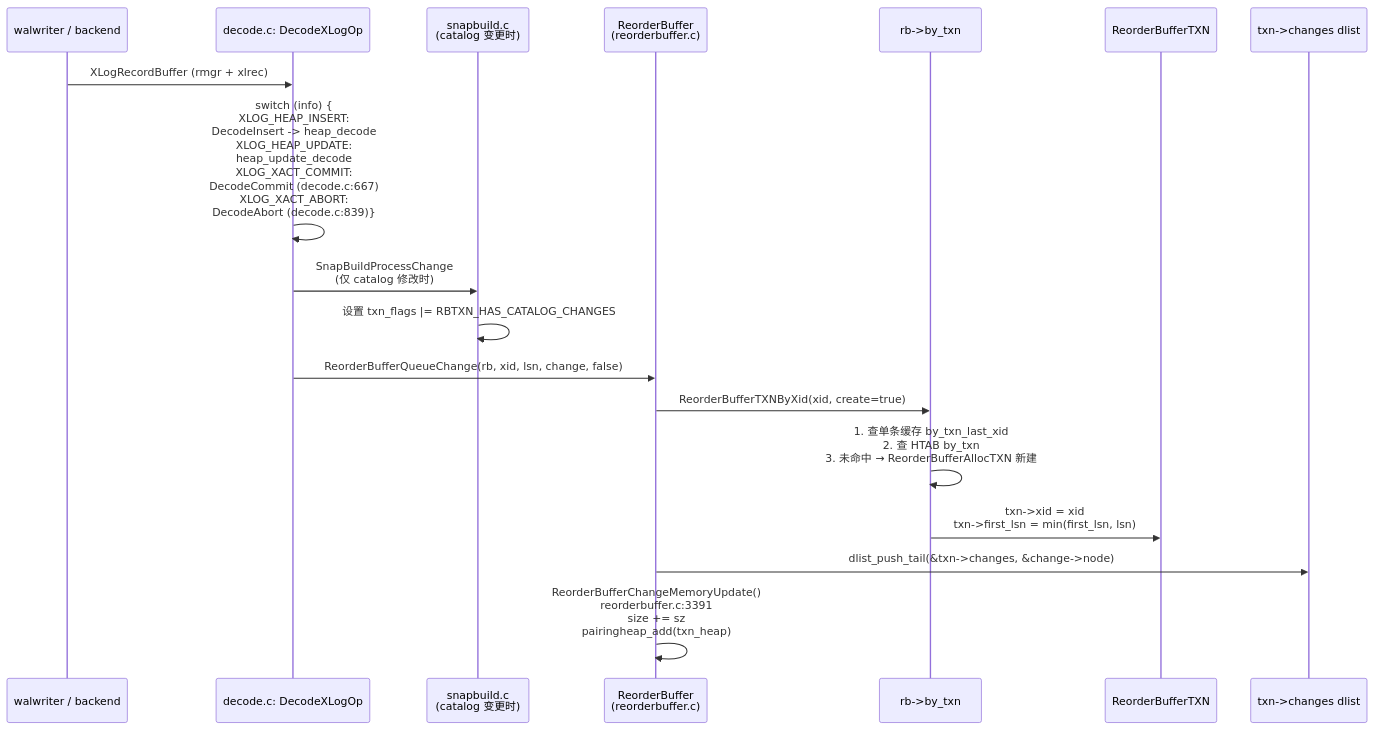
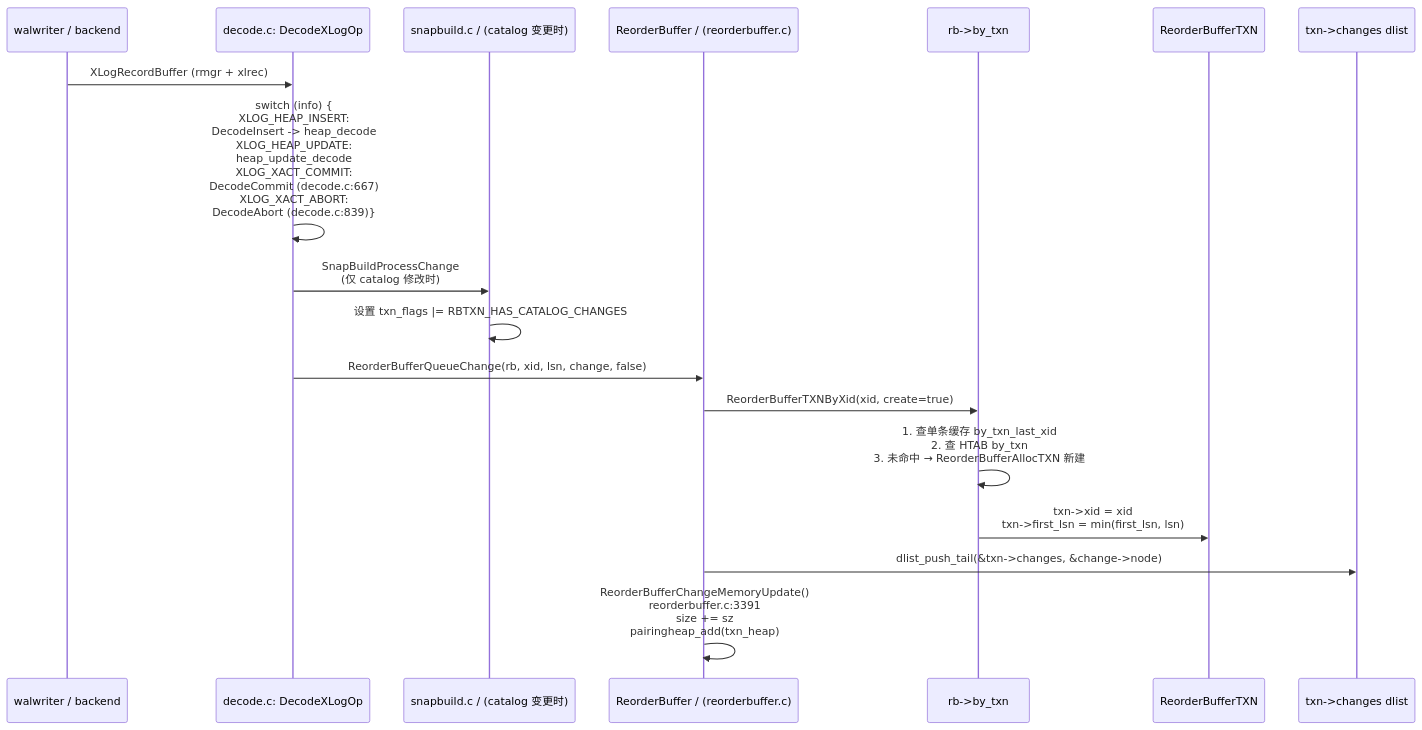
Before and after one commit to growdu/blog: the third of 10 diagrams in docs/database/postgresql-logical-replication-reorderbuffer-transaction/index.md, drawn with Mermaid. The commit also changed other lines of this file and 1 other file, not shown here.

First line of the commit message:
fix(database): fix mermaid diagrams not rendering in 2 logical-replication articles

````diff
--- a/docs/database/postgresql-logical-replication-reorderbuffer-transaction/index.md
+++ b/docs/database/postgresql-logical-replication-reorderbuffer-transaction/index.md
@@ -181,21 +181,21 @@
 ```mermaid
 sequenceDiagram
   participant Wal as walwriter / backend
   participant Dec as decode.c: DecodeXLogOp
-  participant Snap as snapbuild.c<br/>(catalog 变更时)
-  participant RB as ReorderBuffer<br/>(reorderbuffer.c)
+  participant Snap as snapbuild.c / (catalog 变更时)
+  participant RB as ReorderBuffer / (reorderbuffer.c)
   participant Heap as rb->by_txn
   participant Txn as ReorderBufferTXN
   participant Lst as txn->changes dlist
 
   Wal->>Dec: XLogRecordBuffer (rmgr + xlrec)
   Dec->>Dec: switch (info) {<br/>XLOG_HEAP_INSERT:<br/>DecodeInsert -> heap_decode<br/>XLOG_HEAP_UPDATE:<br/>heap_update_decode<br/>XLOG_XACT_COMMIT:<br/>DecodeCommit (decode.c:667)<br/>XLOG_XACT_ABORT:<br/>DecodeAbort (decode.c:839)}
   Dec->>Snap: SnapBuildProcessChange<br/>(仅 catalog 修改时)
   Snap->>Snap: 设置 txn_flags |= RBTXN_HAS_CATALOG_CHANGES
   Dec->>RB: ReorderBufferQueueChange(rb, xid, lsn, change, false)
   RB->>Heap: ReorderBufferTXNByXid(xid, create=true)
   Heap->>Heap: 1. 查单条缓存 by_txn_last_xid<br/>2. 查 HTAB by_txn<br/>3. 未命中 → ReorderBufferAllocTXN 新建
   Heap->>Txn: txn->xid = xid<br/>txn->first_lsn = min(first_lsn, lsn)
   RB->>Lst: dlist_push_tail(&txn->changes, &change->node)
   RB->>RB: ReorderBufferChangeMemoryUpdate()<br/>reorderbuffer.c:3391<br/>size += sz<br/>pairingheap_add(txn_heap)
 ```
````
